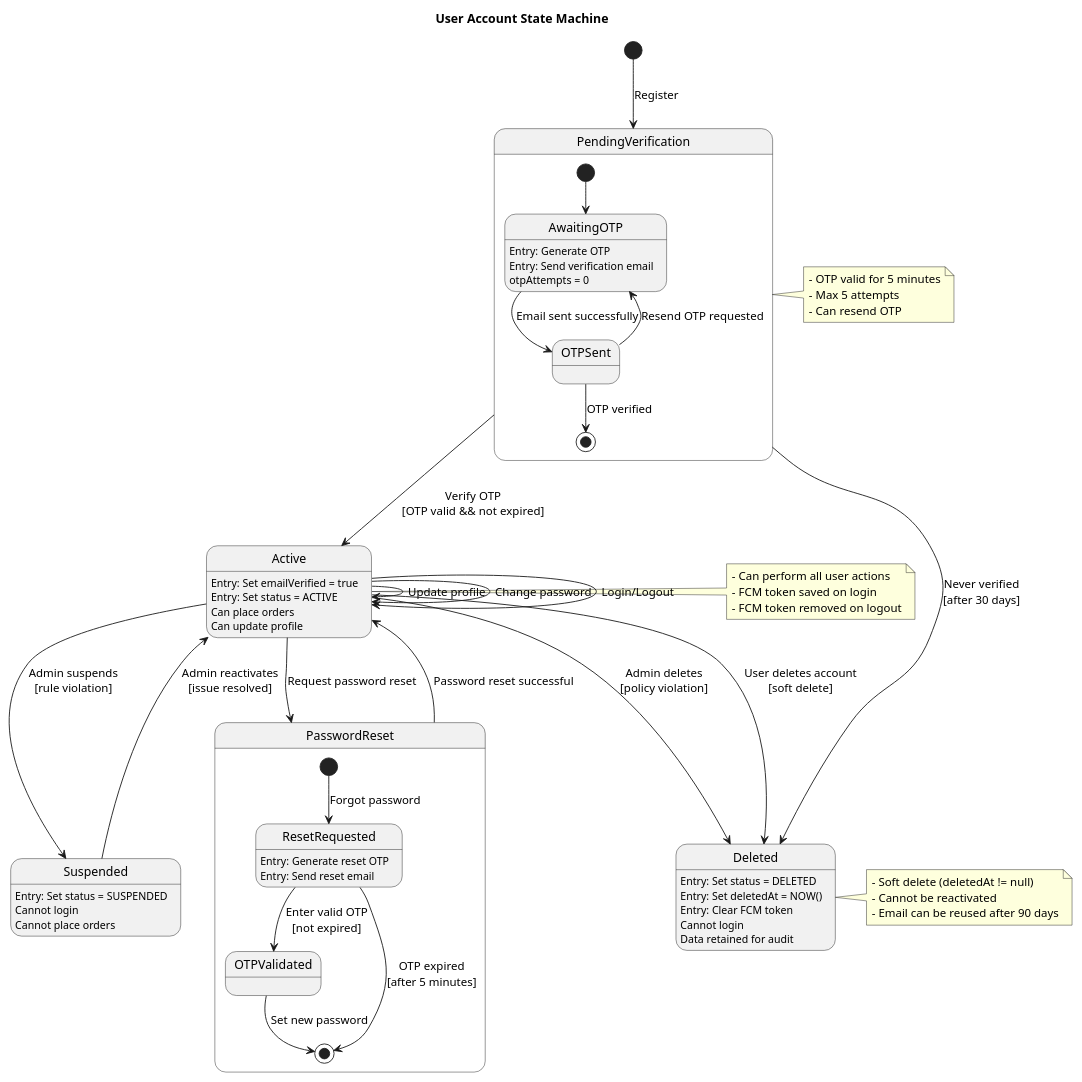
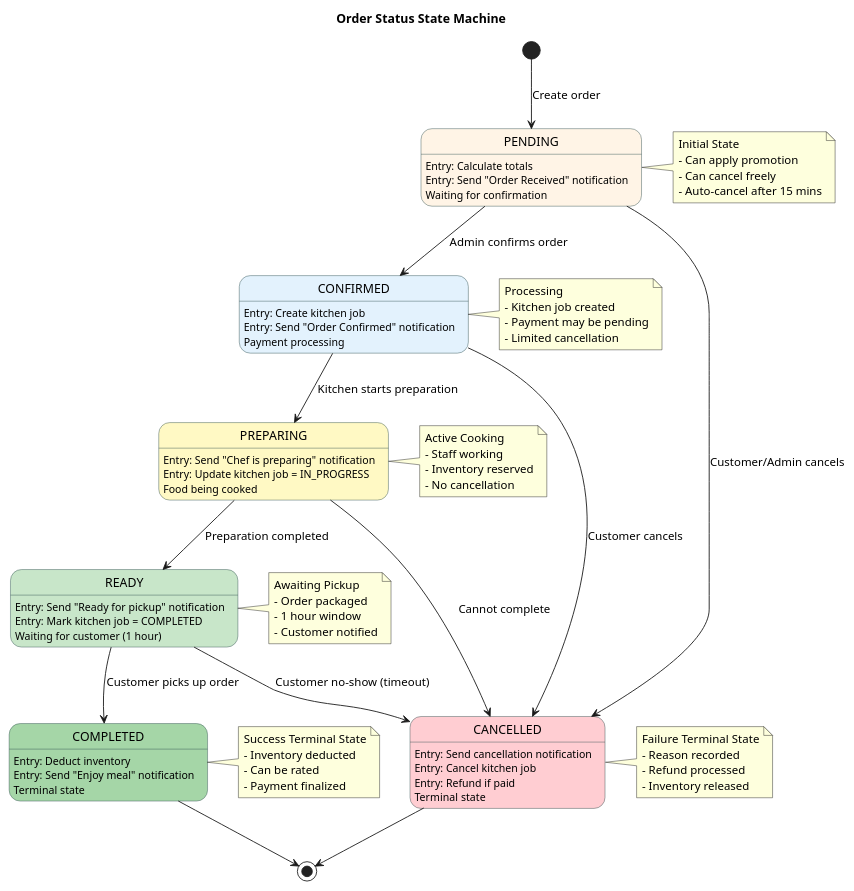
Before and after one commit to AI-powered-step-by-step-food-ordering/BE_SWD: the first of 6 diagrams in diagrams/06_State_Diagrams.md, drawn with PlantUML. The commit also changed other lines of this file and 138 other files, not shown here.

Commit message:
Add migration guides and update diagrams for UUID changes

````diff
--- a/diagrams/06_State_Diagrams.md
+++ b/diagrams/06_State_Diagrams.md
@@ -5,83 +5,112 @@
 ```plantuml
 @startuml
-title User Account State Machine
-
-[*] --> PendingVerification : Register
-
-state PendingVerification {
-  [*] --> AwaitingOTP
-  AwaitingOTP : Entry: Generate OTP
-  AwaitingOTP : Entry: Send verification email
-  AwaitingOTP : otpAttempts = 0
-  
-  AwaitingOTP --> OTPSent : Email sent successfully
-  
-  OTPSent --> AwaitingOTP : Resend OTP requested
-  OTPSent --> [*] : OTP verified
+skinparam state {
+  BackgroundColor<<Pending>> #FFF4E6
+  BackgroundColor<<Confirmed>> #E3F2FD
+  BackgroundColor<<Preparing>> #FFF9C4
+  BackgroundColor<<Ready>> #C8E6C9
+  BackgroundColor<<Completed>> #A5D6A7
+  BackgroundColor<<Cancelled>> #FFCDD2
+  BorderColor DarkSlateGray
+  FontName Arial
 }
 
-PendingVerification --> Active : Verify OTP\n[OTP valid && not expired]
+title Order Status State Machine
 
-Active : Entry: Set emailVerified = true
-Active : Entry: Set status = ACTIVE
-Active : Can place orders
-Active : Can update profile
+[*] --> PENDING : Create order
 
-Active --> Active : Update profile
-Active --> Active : Change password
-Active --> Active : Login/Logout
-
-Active --> Suspended : Admin suspends\n[rule violation]
-
-Suspended : Entry: Set status = SUSPENDED
-Suspended : Cannot login
-Suspended : Cannot place orders
-
-Suspended --> Active : Admin reactivates\n[issue resolved]
-
-Active --> Deleted : User deletes account\n[soft delete]
-Active --> Deleted : Admin deletes\n[policy violation]
-
-Deleted : Entry: Set status = DELETED
-Deleted : Entry: Set deletedAt = NOW()
-Deleted : Entry: Clear FCM token
-Deleted : Cannot login
-Deleted : Data retained for audit
-
-state PasswordReset {
-  [*] --> ResetRequested : Forgot password
-  
-  ResetRequested : Entry: Generate reset OTP
-  ResetRequested : Entry: Send reset email
-  
-  ResetRequested --> OTPValidated : Enter valid OTP\n[not expired]
-  
-  OTPValidated --> [*] : Set new password
-  
-  ResetRequested --> [*] : OTP expired\n[after 5 minutes]
+state PENDING <<Pending>> {
+  PENDING : Entry: Calculate totals
+  PENDING : Entry: Send "Order Received" notification
+  PENDING : Waiting for confirmation
 }
 
-Active --> PasswordReset : Request password reset
-PasswordReset --> Active : Password reset successful
+PENDING --> CONFIRMED : Admin confirms order
+PENDING --> CANCELLED : Customer/Admin cancels
 
-PendingVerification --> Deleted : Never verified\n[after 30 days]
+state CONFIRMED <<Confirmed>> {
+  CONFIRMED : Entry: Create kitchen job
+  CONFIRMED : Entry: Send "Order Confirmed" notification
+  CONFIRMED : Payment processing
+}
 
-note right of PendingVerification
-  - OTP valid for 5 minutes
-  - Max 5 attempts
-  - Can resend OTP
+CONFIRMED --> PREPARING : Kitchen starts preparation
+CONFIRMED --> CANCELLED : Customer cancels
+
+state PREPARING <<Preparing>> {
+  PREPARING : Entry: Send "Chef is preparing" notification
+  PREPARING : Entry: Update kitchen job = IN_PROGRESS
+  PREPARING : Food being cooked
+}
+
+PREPARING --> READY : Preparation completed
+PREPARING --> CANCELLED : Cannot complete
+
+state READY <<Ready>> {
+  READY : Entry: Send "Ready for pickup" notification
+  READY : Entry: Mark kitchen job = COMPLETED
+  READY : Waiting for customer (1 hour)
+}
+
+READY --> COMPLETED : Customer picks up order
+READY --> CANCELLED : Customer no-show (timeout)
+
+state COMPLETED <<Completed>> {
+  COMPLETED : Entry: Deduct inventory
+  COMPLETED : Entry: Send "Enjoy meal" notification
+  COMPLETED : Terminal state
+}
+
+state CANCELLED <<Cancelled>> {
+  CANCELLED : Entry: Send cancellation notification
+  CANCELLED : Entry: Cancel kitchen job
+  CANCELLED : Entry: Refund if paid
+  CANCELLED : Terminal state
+}
+
+COMPLETED --> [*]
+CANCELLED --> [*]
+
+note right of PENDING
+  Initial State
+  - Can apply promotion
+  - Can cancel freely
+  - Auto-cancel after 15 mins
 end note
 
-note right of Active
-  - Can perform all user actions
-  - FCM token saved on login
-  - FCM token removed on logout
+note right of CONFIRMED
+  Processing
+  - Kitchen job created
+  - Payment may be pending
+  - Limited cancellation
 end note
 
-note right of Deleted
-  - Soft delete (deletedAt != null)
-  - Cannot be reactivated
-  - Email can be reused after 90 days
+note right of PREPARING
+  Active Cooking
+  - Staff working
+  - Inventory reserved
+  - No cancellation
+end note
+
+note right of READY
+  Awaiting Pickup
+  - Order packaged
+  - 1 hour window
+  - Customer notified
+end note
+
+note right of COMPLETED
+  Success Terminal State
+  - Inventory deducted
+  - Can be rated
+  - Payment finalized
+end note
+
+note right of CANCELLED
+  Failure Terminal State
+  - Reason recorded
+  - Refund processed
+  - Inventory released
 end note
 
 @enduml
````
